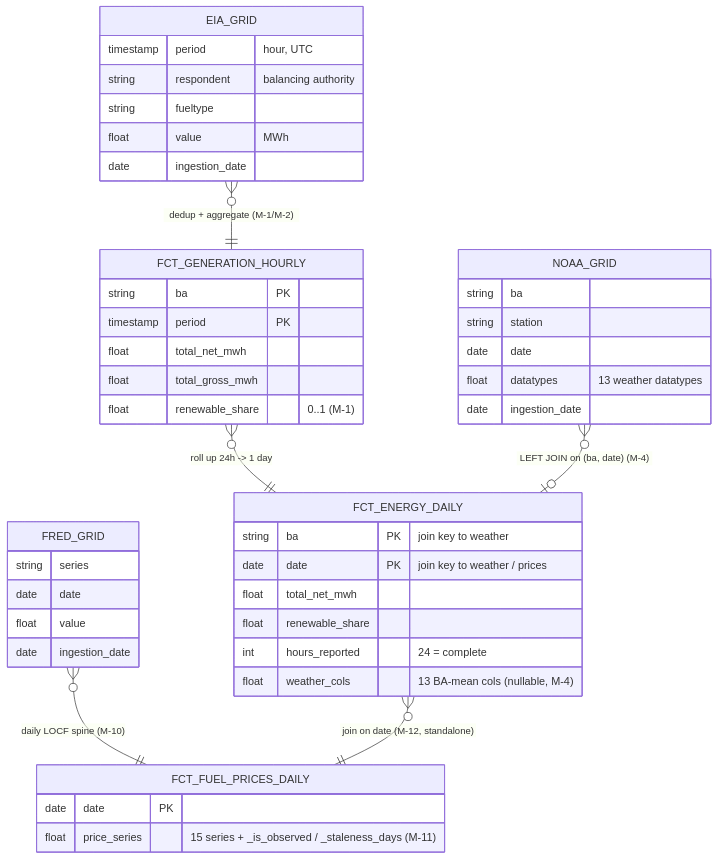
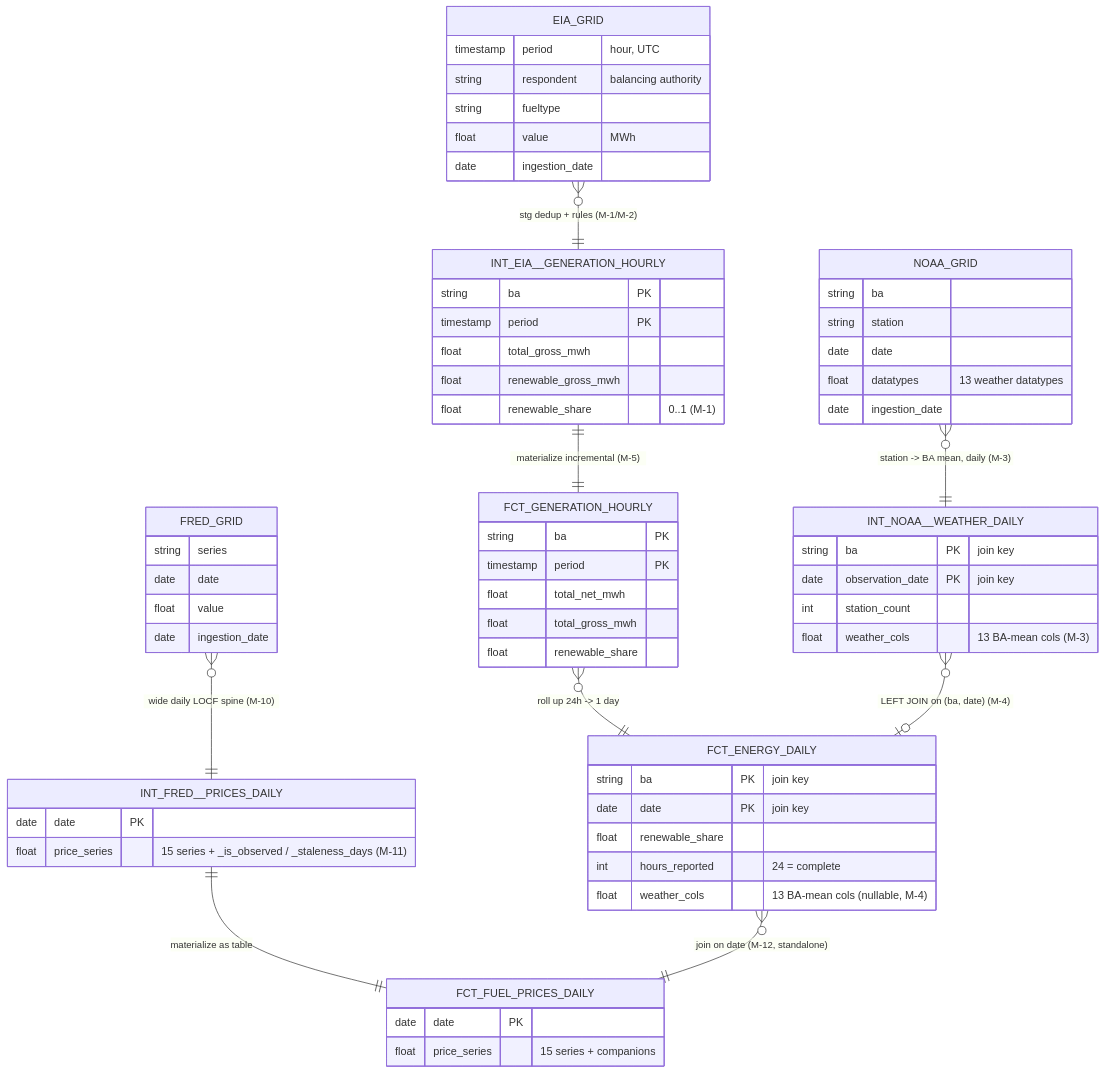
One commit to victor-cakess/zeus changed the second of 2 diagrams in README.md. Above: the diagram before and after it, drawn with Mermaid. The commit also changed other lines of this file, not shown here.

Commit message:
with int models

````diff
--- a/README.md
+++ b/README.md
@@ -62,48 +62,67 @@
 ```mermaid
 erDiagram
     EIA_GRID {
         timestamp period "hour, UTC"
         string respondent "balancing authority"
         string fueltype
         float value "MWh"
         date ingestion_date
     }
     NOAA_GRID {
         string ba
         string station
         date date
         float datatypes "13 weather datatypes"
         date ingestion_date
     }
     FRED_GRID {
         string series
         date date
         float value
         date ingestion_date
     }
+    INT_EIA__GENERATION_HOURLY {
+        string ba PK
+        timestamp period PK
+        float total_gross_mwh
+        float renewable_gross_mwh
+        float renewable_share "0..1 (M-1)"
+    }
+    INT_NOAA__WEATHER_DAILY {
+        string ba PK "join key"
+        date observation_date PK "join key"
+        int station_count
+        float weather_cols "13 BA-mean cols (M-3)"
+    }
+    INT_FRED__PRICES_DAILY {
+        date date PK
+        float price_series "15 series + _is_observed / _staleness_days (M-11)"
+    }
     FCT_GENERATION_HOURLY {
         string ba PK
         timestamp period PK
         float total_net_mwh
         float total_gross_mwh
-        float renewable_share "0..1 (M-1)"
+        float renewable_share
     }
     FCT_ENERGY_DAILY {
-        string ba PK "join key to weather"
-        date date PK "join key to weather / prices"
-        float total_net_mwh
+        string ba PK "join key"
+        date date PK "join key"
         float renewable_share
         int hours_reported "24 = complete"
         float weather_cols "13 BA-mean cols (nullable, M-4)"
     }
     FCT_FUEL_PRICES_DAILY {
         date date PK
-        float price_series "15 series + _is_observed / _staleness_days (M-11)"
+        float price_series "15 series + companions"
     }
 
-    EIA_GRID }o--|| FCT_GENERATION_HOURLY : "dedup + aggregate (M-1/M-2)"
+    EIA_GRID }o--|| INT_EIA__GENERATION_HOURLY : "stg dedup + rules (M-1/M-2)"
+    NOAA_GRID }o--|| INT_NOAA__WEATHER_DAILY : "station -> BA mean, daily (M-3)"
+    FRED_GRID }o--|| INT_FRED__PRICES_DAILY : "wide daily LOCF spine (M-10)"
+    INT_EIA__GENERATION_HOURLY ||--|| FCT_GENERATION_HOURLY : "materialize incremental (M-5)"
     FCT_GENERATION_HOURLY }o--|| FCT_ENERGY_DAILY : "roll up 24h -> 1 day"
-    NOAA_GRID }o--o| FCT_ENERGY_DAILY : "LEFT JOIN on (ba, date) (M-4)"
-    FRED_GRID }o--|| FCT_FUEL_PRICES_DAILY : "daily LOCF spine (M-10)"
+    INT_NOAA__WEATHER_DAILY }o--o| FCT_ENERGY_DAILY : "LEFT JOIN on (ba, date) (M-4)"
+    INT_FRED__PRICES_DAILY ||--|| FCT_FUEL_PRICES_DAILY : "materialize as table"
     FCT_ENERGY_DAILY }o--|| FCT_FUEL_PRICES_DAILY : "join on date (M-12, standalone)"
 ```
````
